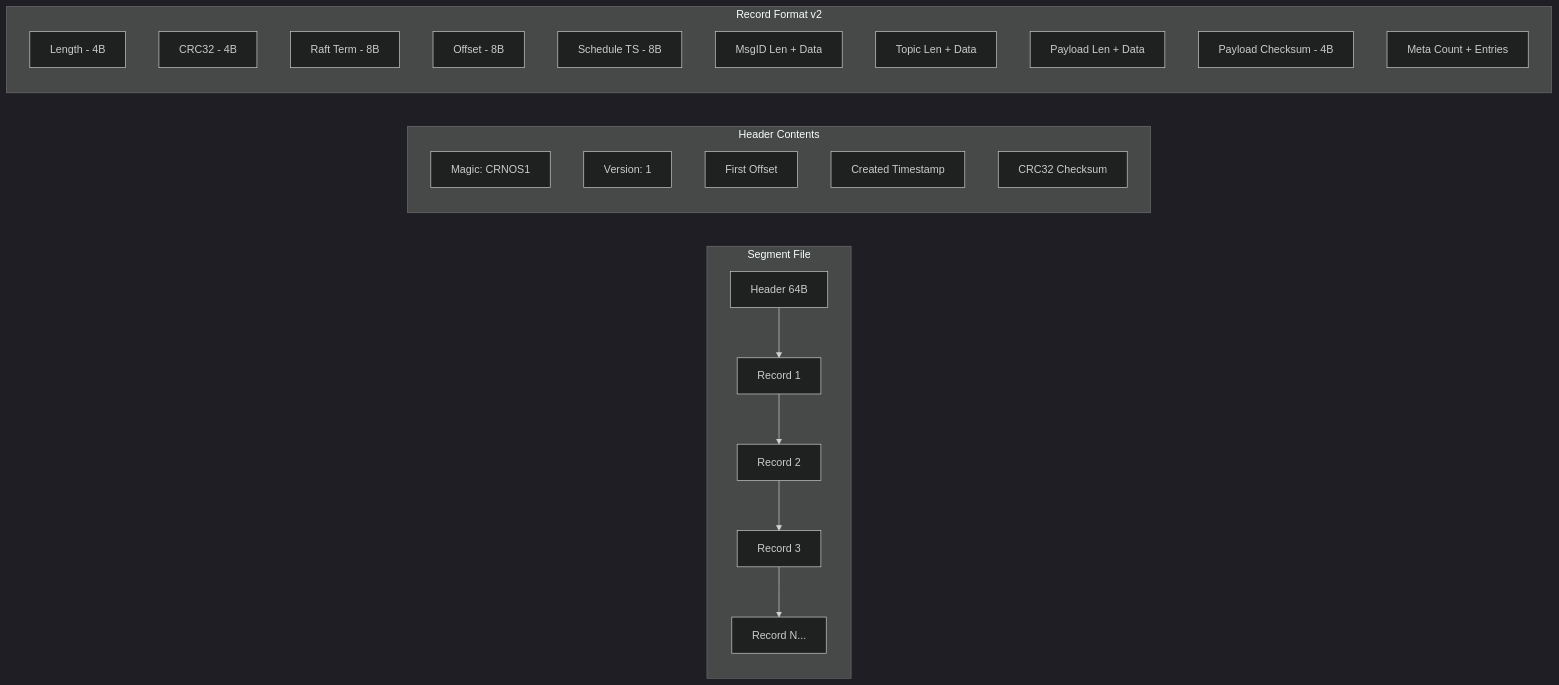
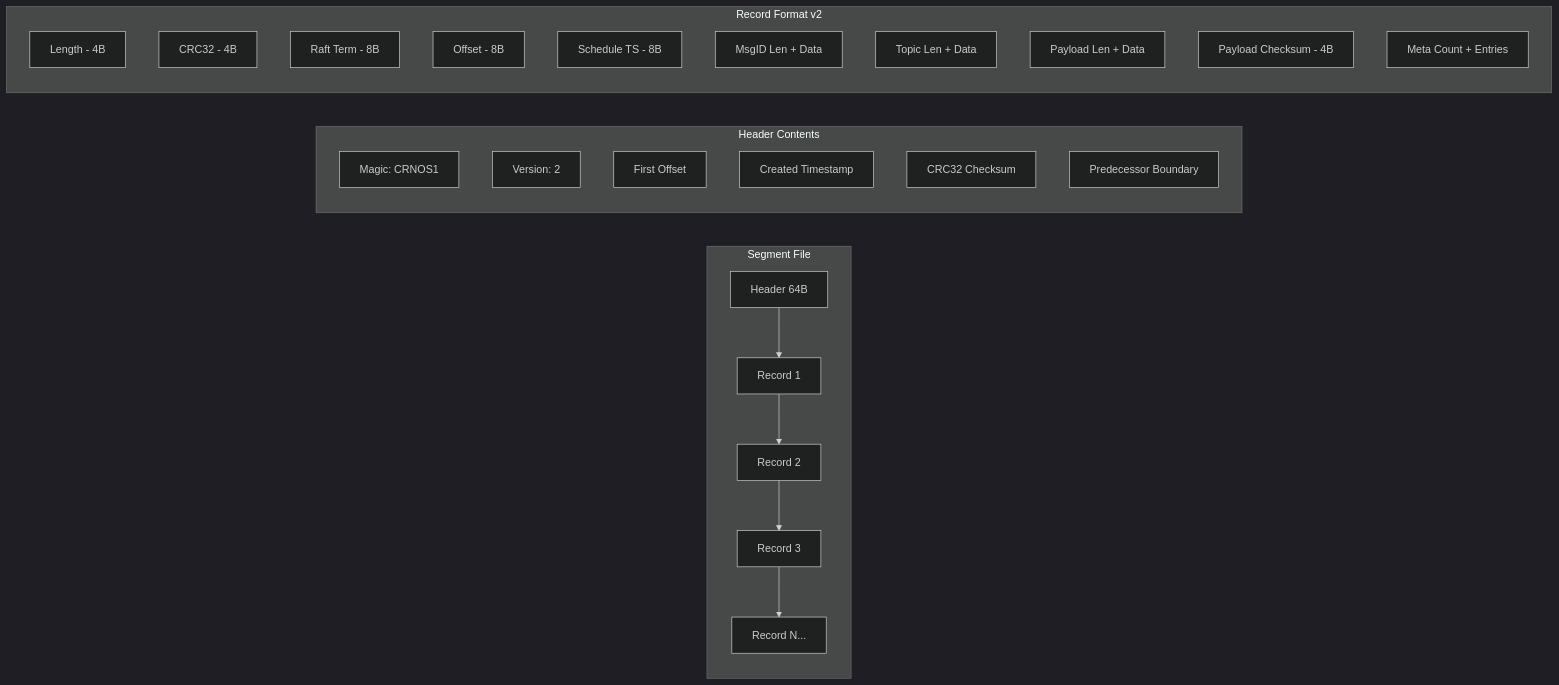
One commit to jatin711-debug/cronos_db_golang changed the seventh of 47 diagrams in ARCHITECTURE.md. Above: the diagram before and after it, drawn with Mermaid (dark theme). The commit also changed other lines of this file and 17 other files, not shown here.

````diff
--- a/ARCHITECTURE.md
+++ b/ARCHITECTURE.md
@@ -334,30 +334,31 @@
 ```mermaid
 graph LR
     subgraph Segment File
         H[Header 64B] --> R1[Record 1]
         R1 --> R2[Record 2]
         R2 --> R3[Record 3]
         R3 --> RN[Record N...]
     end
 
     subgraph Header Contents
         H1[Magic: CRNOS1]
-        H2[Version: 1]
+        H2[Version: 2]
         H3[First Offset]
         H4[Created Timestamp]
         H5[CRC32 Checksum]
+        H6[Predecessor Boundary]
     end
 
     subgraph Record Format v2
         RF1[Length - 4B]
         RF2[CRC32 - 4B]
         RF3[Raft Term - 8B]
         RF4[Offset - 8B]
         RF5[Schedule TS - 8B]
         RF6[MsgID Len + Data]
         RF7[Topic Len + Data]
         RF8[Payload Len + Data]
         RF9[Payload Checksum - 4B]
         RF10[Meta Count + Entries]
     end
 ```
````
